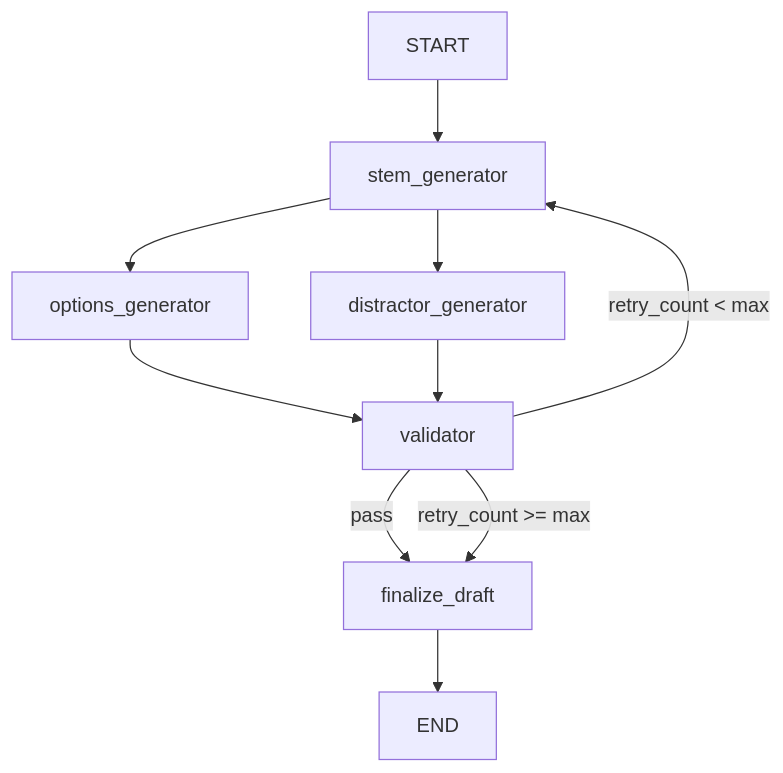
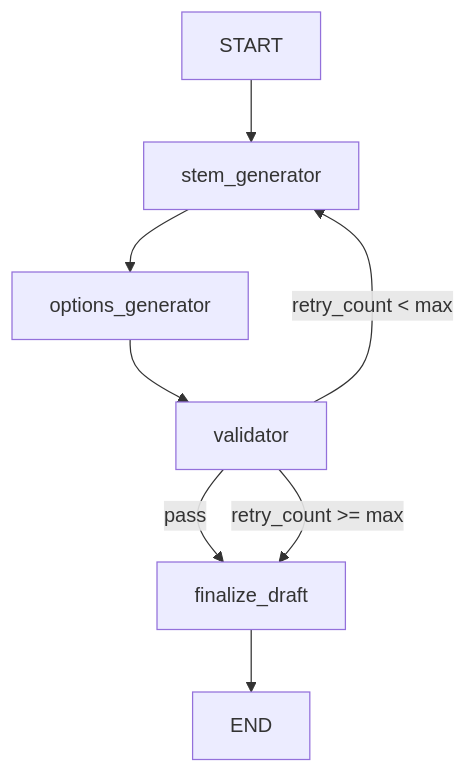
The second of 3 diagrams in src/agents/README.md (Krishnapthm/otis), drawn with Mermaid before and after one commit. The commit also changed 16 other files, not shown here.

````diff
--- a/src/agents/README.md
+++ b/src/agents/README.md
@@ -53,12 +53,10 @@
 ```mermaid
 flowchart TD
   START --> stem_generator
   stem_generator --> options_generator
-  stem_generator --> distractor_generator
   options_generator --> validator
-  distractor_generator --> validator
   validator -->|pass| finalize_draft
   validator -->|retry_count < max| stem_generator
   validator -->|retry_count >= max| finalize_draft
   finalize_draft --> END
 ```
````
